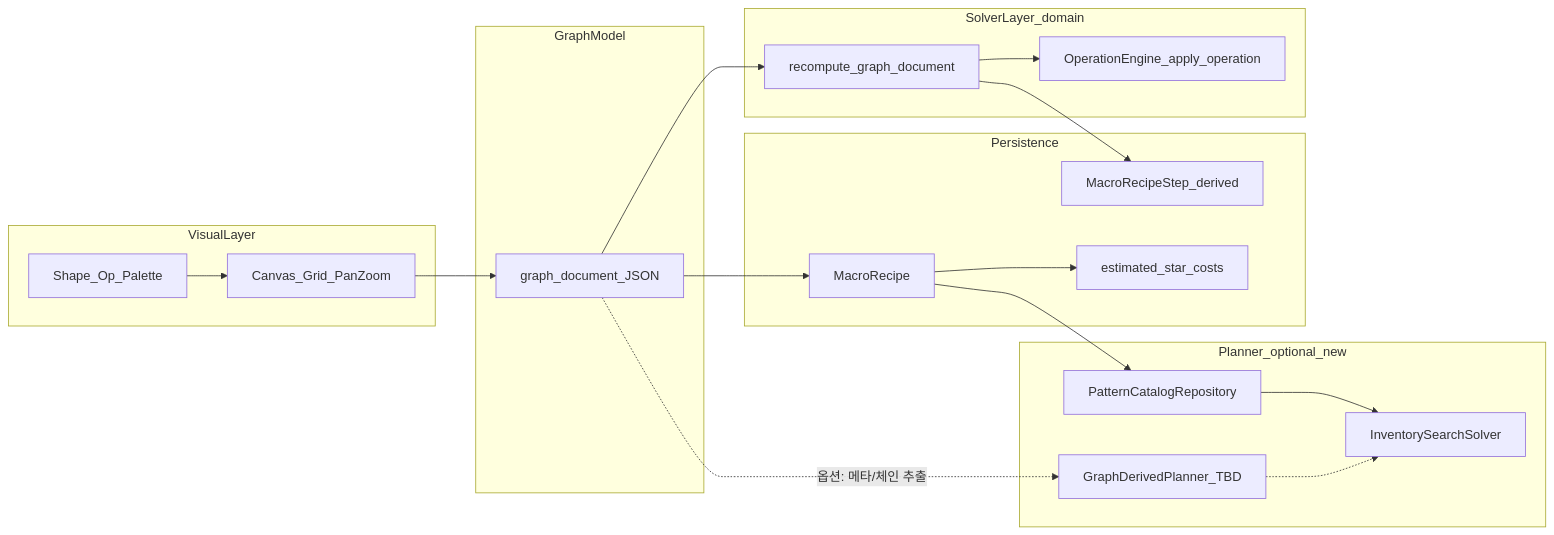
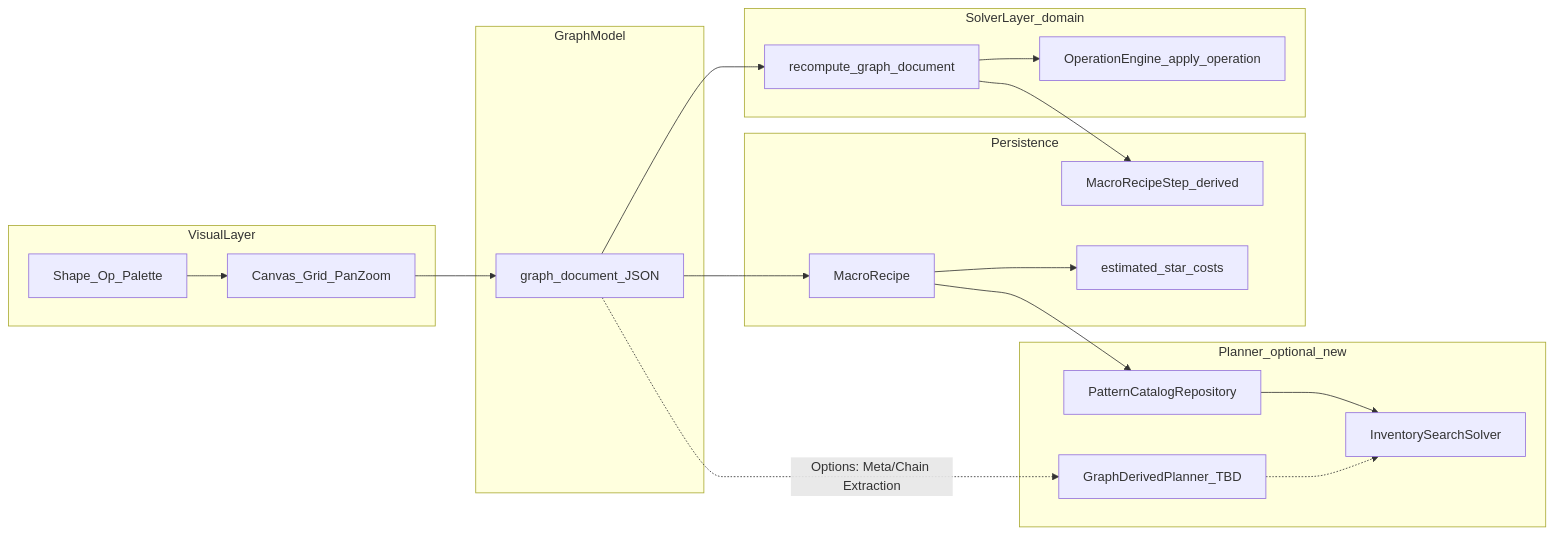
The diagram in documents/archive/2026-05-completed/recipe-graph-editor/plan_recipe_graph_editor_phases_2026-05-04.md (tigers2020/Shapez2Factory), drawn with Mermaid before and after one commit. The commit also changed other lines of this file and 259 other files, not shown here.

````diff
--- a/documents/archive/2026-05-completed/recipe-graph-editor/plan_recipe_graph_editor_phases_2026-05-04.md
+++ b/documents/archive/2026-05-completed/recipe-graph-editor/plan_recipe_graph_editor_phases_2026-05-04.md
@@ -60,35 +60,35 @@
 ```mermaid
 flowchart LR
   subgraph visual [VisualLayer]
     Palette[Shape_Op_Palette]
     Canvas[Canvas_Grid_PanZoom]
   end
   subgraph model [GraphModel]
     GD[graph_document_JSON]
   end
   subgraph compute [SolverLayer_domain]
     RE[recompute_graph_document]
     ENG[OperationEngine_apply_operation]
   end
   subgraph persist [Persistence]
     MR[MacroRecipe]
     Steps[MacroRecipeStep_derived]
     Costs[estimated_star_costs]
   end
   subgraph planner [Planner_optional_new]
     CAT[PatternCatalogRepository]
     INV[InventorySearchSolver]
     GraphPlanner[GraphDerivedPlanner_TBD]
   end
   Palette --> Canvas
   Canvas --> GD
   GD --> RE
   RE --> ENG
   GD --> MR
   RE --> Steps
   MR --> Costs
   CAT --> INV
   MR --> CAT
-  GD -.->|"옵션: 메타/체인 추출"| GraphPlanner
+GD -.->|"Options: Meta/Chain Extraction"| GraphPlanner
   GraphPlanner -.-> INV
 ```
````
